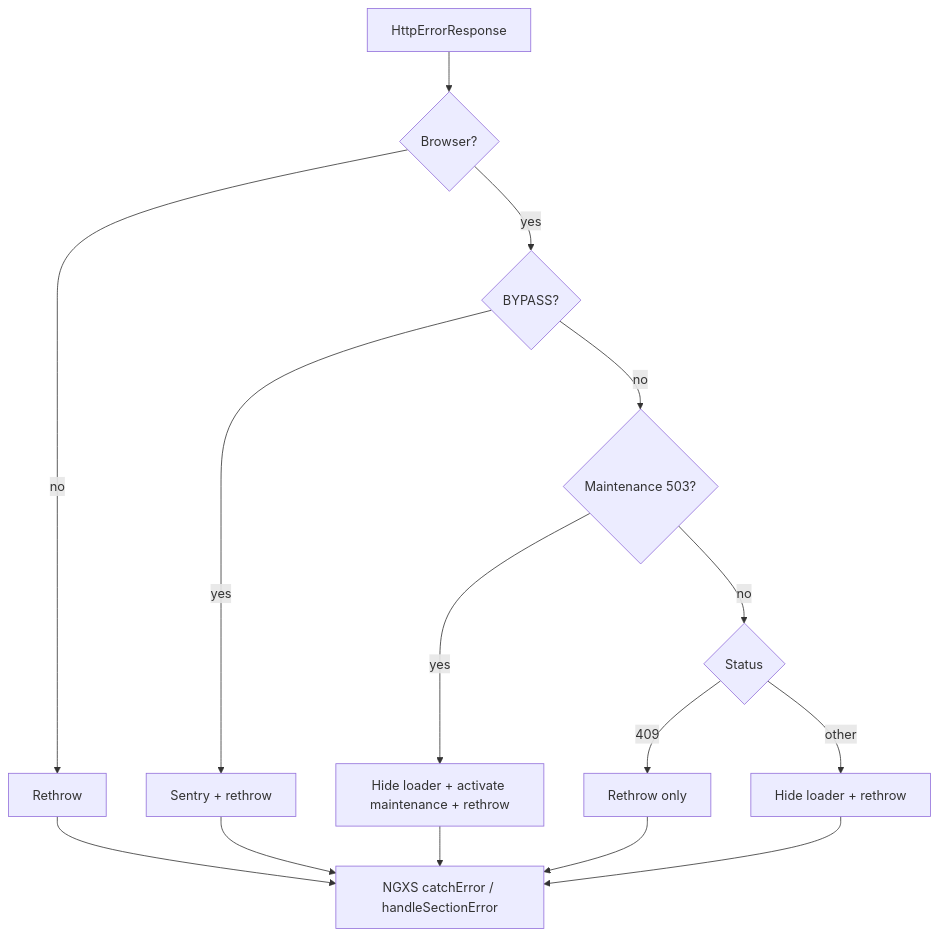
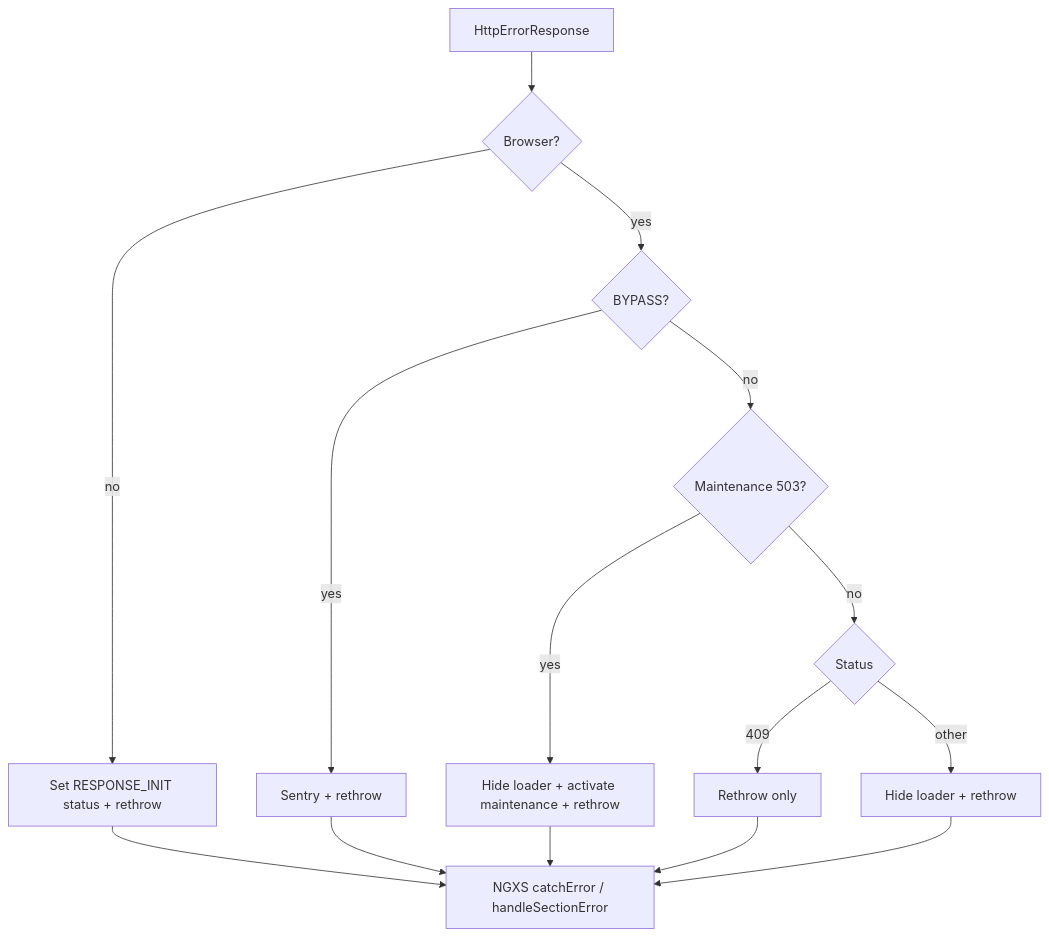
The diagram in docs/error-handling.md (nsemets/angular-osf), drawn with Mermaid before and after one commit. The commit also changed other lines of this file and 8 other files, not shown here.

Commit message:
fix(ssr): updated logic with status errors

````diff
--- a/docs/error-handling.md
+++ b/docs/error-handling.md
@@ -39,17 +39,17 @@
 ```mermaid
 flowchart TD
   err[HttpErrorResponse] --> ssr{Browser?}
-  ssr -->|no| rethrow[Rethrow]
+  ssr -->|no| ssrStatus[Set RESPONSE_INIT status + rethrow]
   ssr -->|yes| bypass{BYPASS?}
   bypass -->|yes| sentry[Sentry + rethrow]
   bypass -->|no| maint{Maintenance 503?}
   maint -->|yes| activate[Hide loader + activate maintenance + rethrow]
   maint -->|no| status{Status}
   status -->|409| conflict[Rethrow only]
   status -->|other| rethrow2[Hide loader + rethrow]
   rethrow2 --> state[NGXS catchError / handleSectionError]
   conflict --> state
-  rethrow --> state
+  ssrStatus --> state
   sentry --> state
   activate --> state
 ```
````
